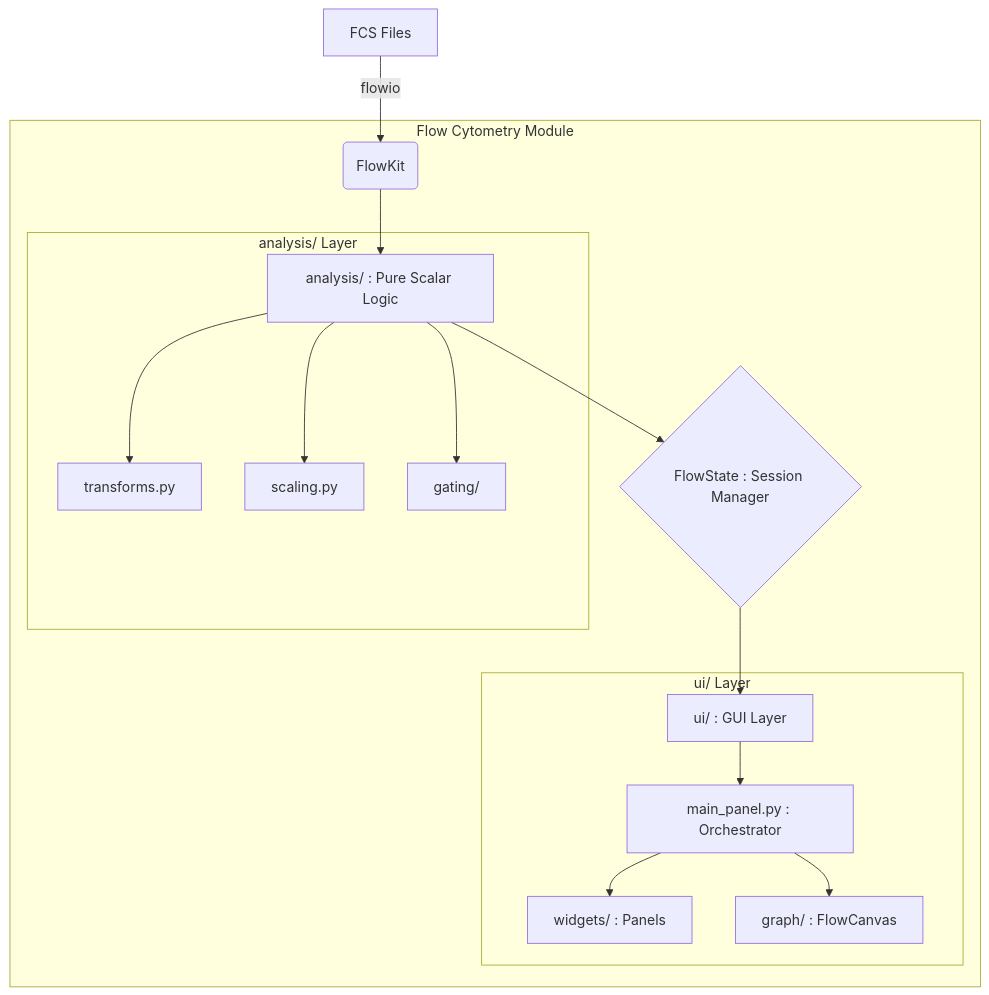
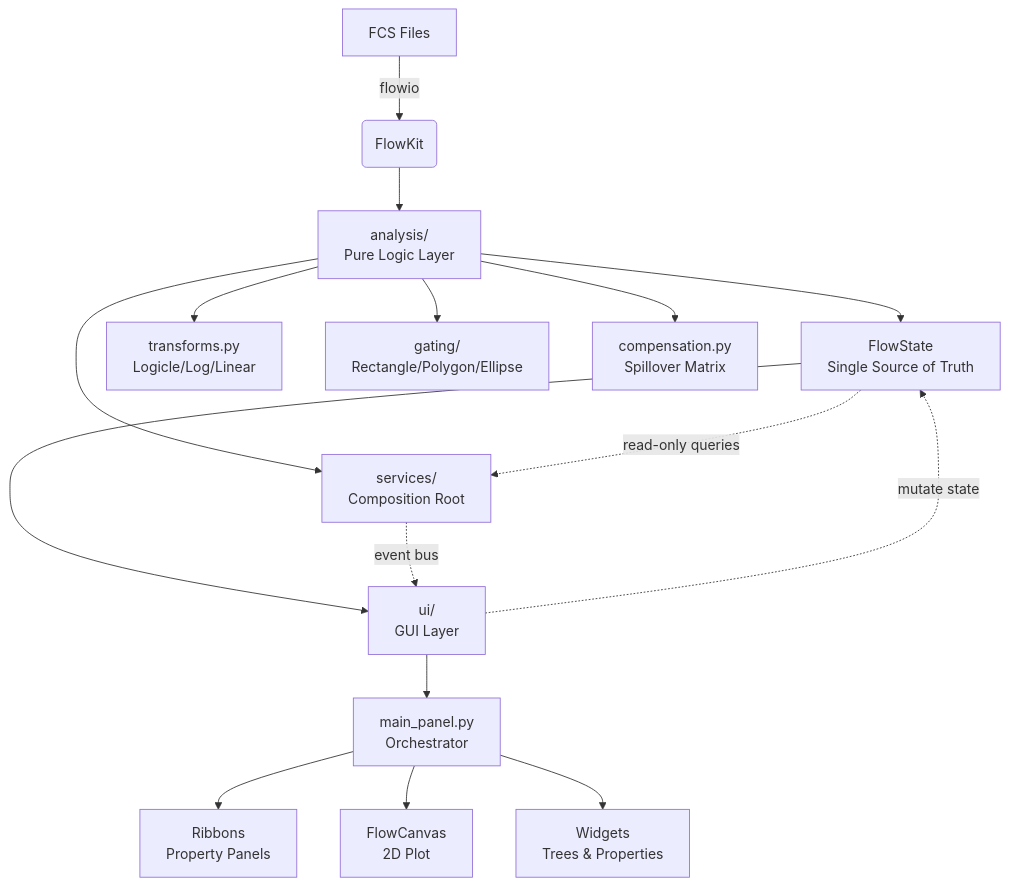
The first of 6 diagrams in docs/developer/00_ARCHITECTURE_OVERVIEW.md (KalaimaranB/BioPro-flow-cytometry), drawn with Mermaid before and after one commit. The commit also changed other lines of this file and 227 other files, not shown here.

````diff
--- a/docs/developer/00_ARCHITECTURE_OVERVIEW.md
+++ b/docs/developer/00_ARCHITECTURE_OVERVIEW.md
@@ -20,21 +20,21 @@
 ```mermaid
 graph TD
     A[FCS Files] -->|flowio| B(FlowKit)
-    subgraph Flow Cytometry Module
-        B --> C[analysis/ : Pure Scalar Logic]
-        C --> D{FlowState : Session Manager}
-        D --> E[ui/ : GUI Layer]
-        
-        subgraph ui/ Layer
-            E --> F[main_panel.py : Orchestrator]
-            F --> G[widgets/ : Panels]
-            F --> H[graph/ : FlowCanvas]
-        end
-        
-        subgraph analysis/ Layer
-            C --> I[transforms.py]
-            C --> J[scaling.py]
-            C --> K[gating/]
-        end
-    end
+    B --> C["analysis/<br/>Pure Logic Layer"]
+    C --> D["FlowState<br/>Single Source of Truth"]
+    D --> E["ui/<br/>GUI Layer"]
+    
+    E --> F["main_panel.py<br/>Orchestrator"]
+    F --> G["Ribbons<br/>Property Panels"]
+    F --> H["FlowCanvas<br/>2D Plot"]
+    F --> I["Widgets<br/>Trees & Properties"]
+    
+    C --> J["transforms.py<br/>Logicle/Log/Linear"]
+    C --> K["gating/<br/>Rectangle/Polygon/Ellipse"]
+    C --> L["services/<br/>Composition Root"]
+    C --> M["compensation.py<br/>Spillover Matrix"]
+    
+    E -.->|mutate state| D
+    D -.->|read-only queries| L
+    L -.->|event bus| E
 ```
````
